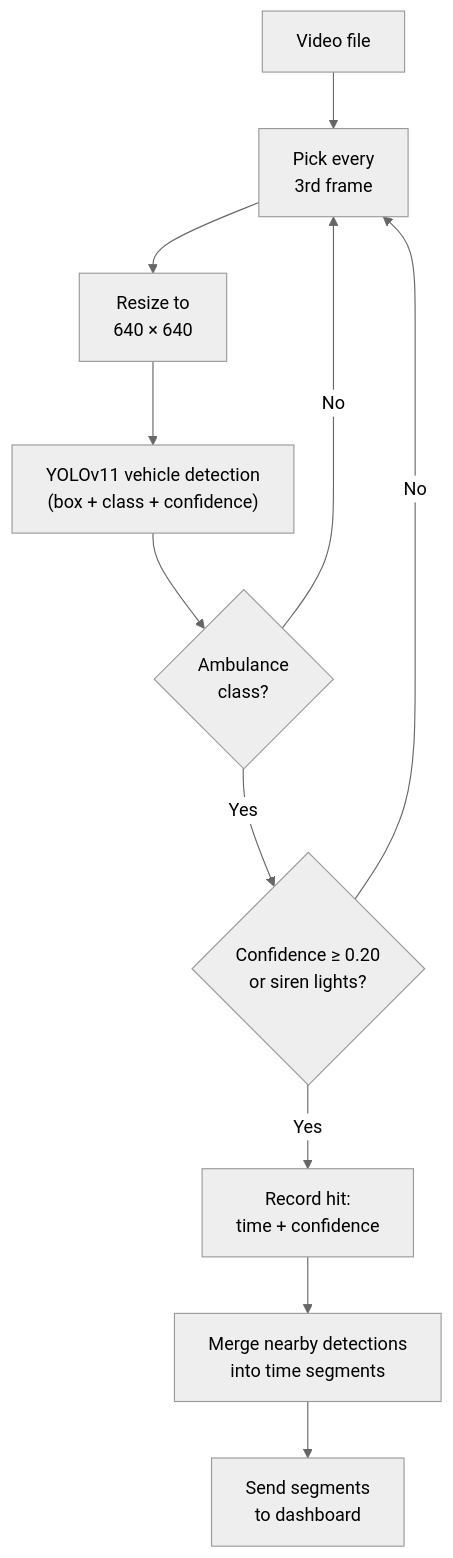
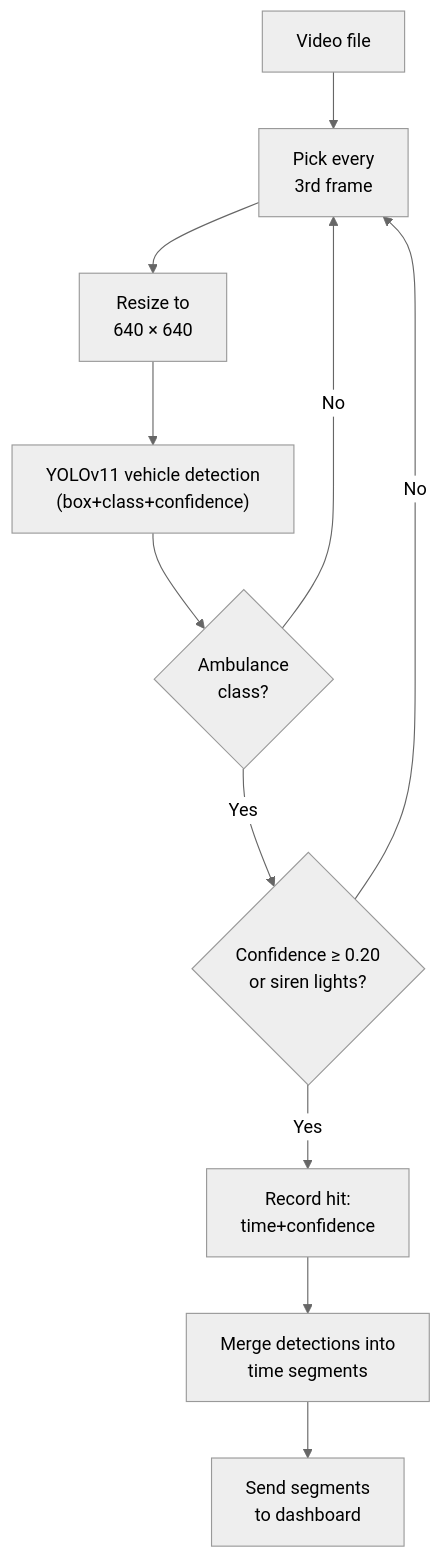
The second of 3 diagrams in README.md (ritamdeep/emergency-vehicle-ai-detection), drawn with Mermaid (neutral theme) before and after one commit.

Commit message:
Fix formatting in YOLOv11 vehicle detection flowchart
Removed spaces in the YOLOv11 detection flowchart for better formatting.

````diff
--- a/README.md
+++ b/README.md
@@ -252,13 +252,13 @@
 ```mermaid
 flowchart TD
     A["Video file"] --> B["Pick every<br/>3rd frame"]
     B --> C["Resize to<br/>640 × 640"]
-    C --> D["YOLOv11 vehicle detection<br/>(box + class + confidence)"]
+    C --> D["YOLOv11 vehicle detection<br/>(box+class+confidence)"]
     D --> E{"Ambulance<br/>class?"}
     E -- No --> B
     E -- Yes --> F{"Confidence &ge; 0.20<br/>or siren lights?"}
     F -- No --> B
-    F -- Yes --> G["Record hit:<br/>time + confidence"]
-    G --> H["Merge nearby detections<br/>into time segments"]
+    F -- Yes --> G["Record hit:<br/>time+confidence"]
+    G --> H["Merge detections into<br/>time segments"]
     H --> I["Send segments<br/>to dashboard"]
 ```
````
